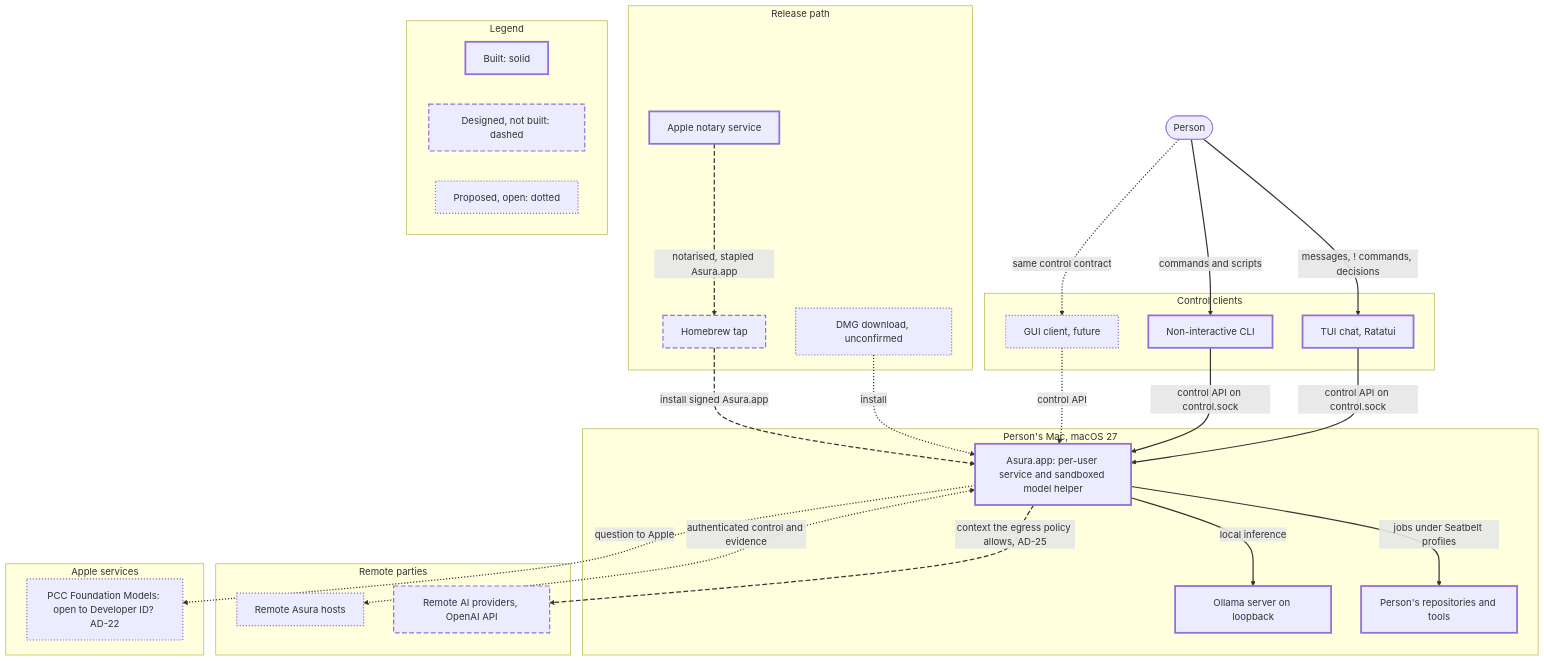
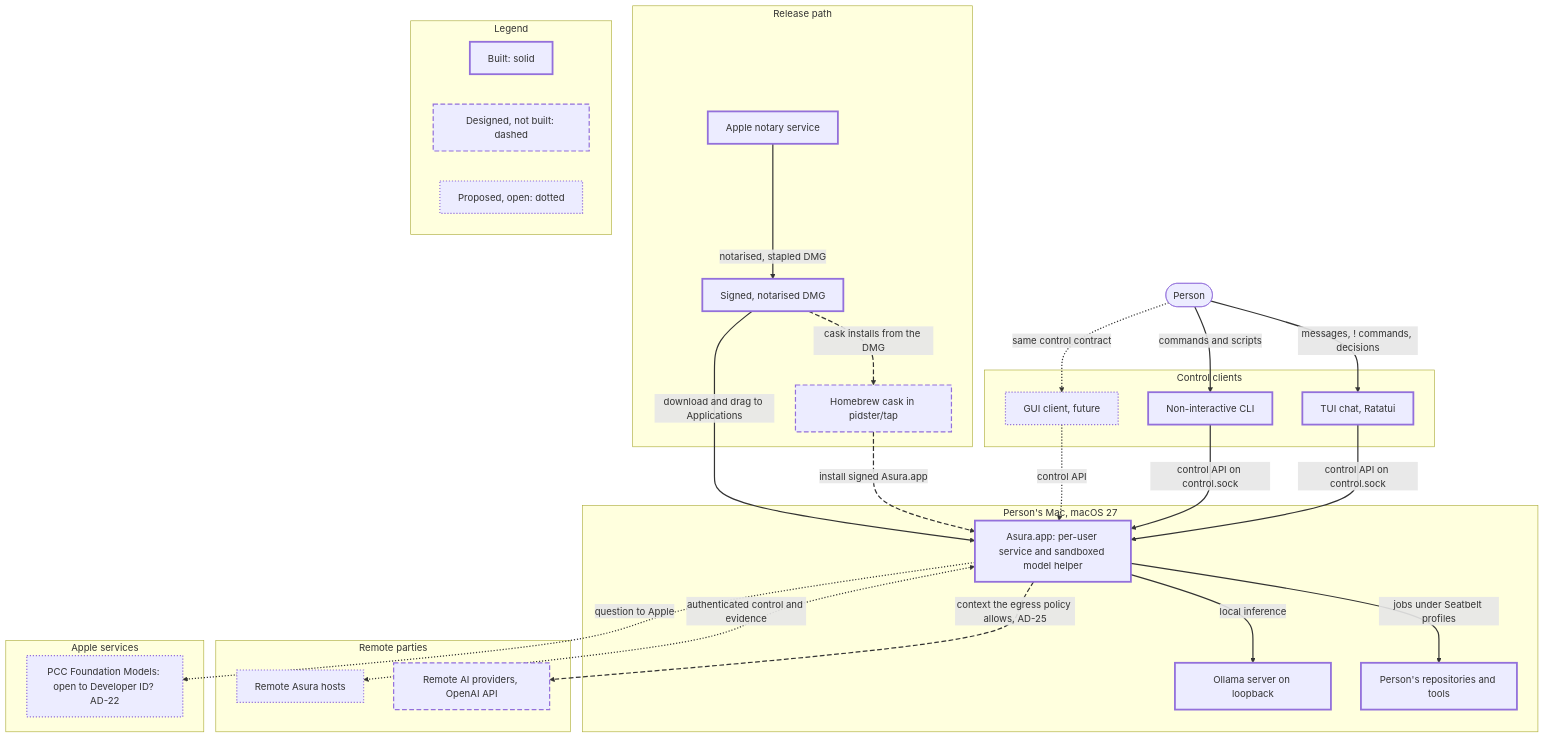
The first of 7 diagrams in docs/designs/architecture-overview.md (pidster/asura), drawn with Mermaid before and after one commit. The commit also changed other lines of this file, not shown here.

Commit message:
Show the built DMG and the designed cask in the architecture overview
Claude-Session: https://claude.ai/code/session_01U5m1mRQihuCMa3M8fAZq6A

````diff
--- a/docs/designs/architecture-overview.md
+++ b/docs/designs/architecture-overview.md
@@ -65,53 +65,54 @@
 ```mermaid
 flowchart TB
     Person(["Person"]):::outside
     subgraph Release["Release path"]
         Notary["Apple notary service"]:::built
-        Brew["Homebrew tap"]:::designed
-        DMG["DMG download, unconfirmed"]:::proposed
+        DMG["Signed, notarised DMG"]:::built
+        Brew["Homebrew cask in pidster/tap"]:::designed
     end
     subgraph Clients["Control clients"]
         TUI["TUI chat, Ratatui"]:::built
         CLI["Non-interactive CLI"]:::built
         GUI["GUI client, future"]:::proposed
     end
     subgraph Mac["Person's Mac, macOS 27"]
         Asura["Asura.app: per-user service and sandboxed model helper"]:::built
         Ollama["Ollama server on loopback"]:::built
         Tools["Person's repositories and tools"]:::built
     end
     subgraph Remote["Remote parties"]
         Prov["Remote AI providers, OpenAI API"]:::designed
         RHost["Remote Asura hosts"]:::proposed
     end
     subgraph Apple["Apple services"]
         PCC["PCC Foundation Models: open to Developer ID? AD-22"]:::proposed
     end
     Person -->|"messages, ! commands, decisions"| TUI
     Person -->|"commands and scripts"| CLI
     TUI -->|"control API on control.sock"| Asura
     CLI -->|"control API on control.sock"| Asura
     Asura -->|"jobs under Seatbelt profiles"| Tools
     Asura -->|"local inference"| Ollama
-    Notary -->|"notarised, stapled Asura.app"| Brew
+    Notary -->|"notarised, stapled DMG"| DMG
+    DMG -->|"cask installs from the DMG"| Brew
     Brew -->|"install signed Asura.app"| Asura
     Asura -->|"context the egress policy allows, AD-25"| Prov
     Person -->|"same control contract"| GUI
     GUI -->|"control API"| Asura
     Asura <-->|"authenticated control and evidence"| RHost
-    DMG -->|"install"| Asura
+    DMG -->|"download and drag to Applications"| Asura
     Asura -->|"question to Apple"| PCC
     subgraph Legend["Legend"]
         direction LR
         LB["Built: solid"]:::built
         LD["Designed, not built: dashed"]:::designed
         LP["Proposed, open: dotted"]:::proposed
     end
     classDef built stroke-width:3px
     classDef designed stroke-width:2px,stroke-dasharray:8 4
     classDef proposed stroke-width:2px,stroke-dasharray:2 3
     classDef outside stroke-width:1px
-    linkStyle 0,1,2,3,4,5 stroke-width:2px
-    linkStyle 6,7,8 stroke-width:2px,stroke-dasharray:8 4
-    linkStyle 9,10,11,12,13 stroke-width:2px,stroke-dasharray:2 3
+    linkStyle 0,1,2,3,4,5,6,13 stroke-width:2px
+    linkStyle 7,8,9 stroke-width:2px,stroke-dasharray:8 4
+    linkStyle 10,11,12,14 stroke-width:2px,stroke-dasharray:2 3
 ```
````
